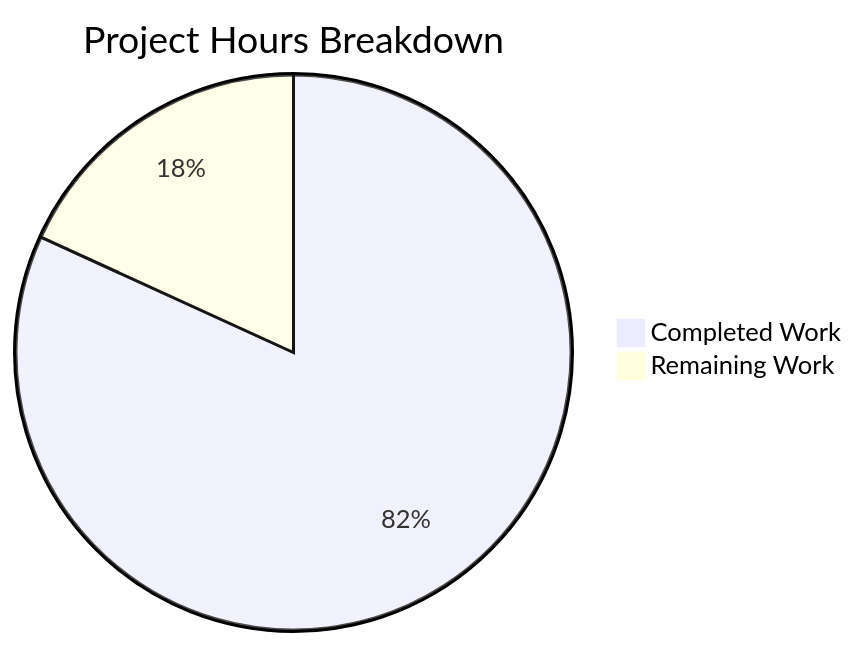
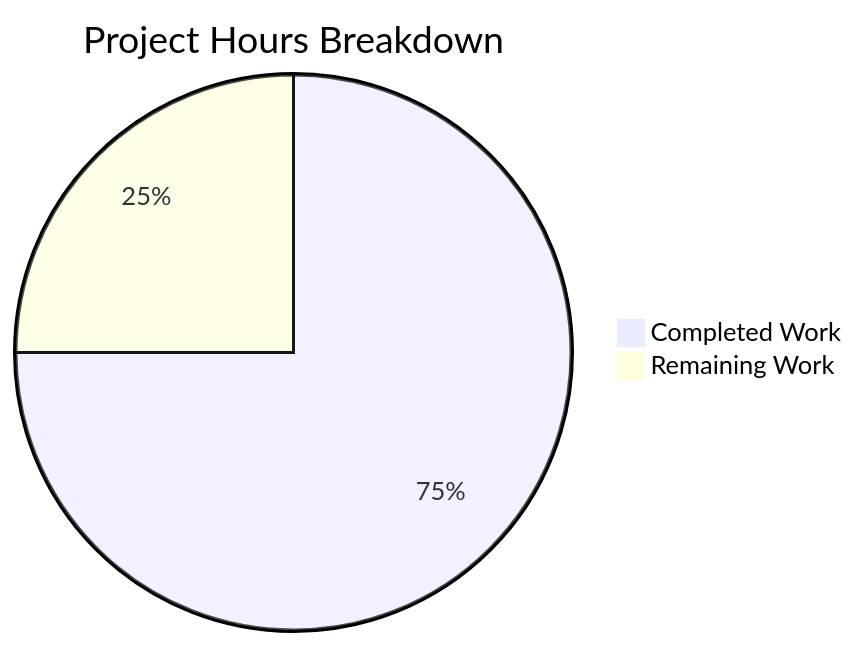
The diagram in blitzy/documentation/Project Guide.md (blitzytest02/NOV24_6), drawn with Mermaid before and after one commit. The commit also changed other lines of this file, not shown here.

Commit message:
Adding Blitzy Project Guide: Project Status and Human Tasks Remaining

````diff
--- a/blitzy/documentation/Project Guide.md
+++ b/blitzy/documentation/Project Guide.md
@@ -79,5 +25,5 @@
 ```mermaid
 pie title Project Hours Breakdown
     "Completed Work" : 4.5
-    "Remaining Work" : 1
+    "Remaining Work" : 1.5
 ```
````
